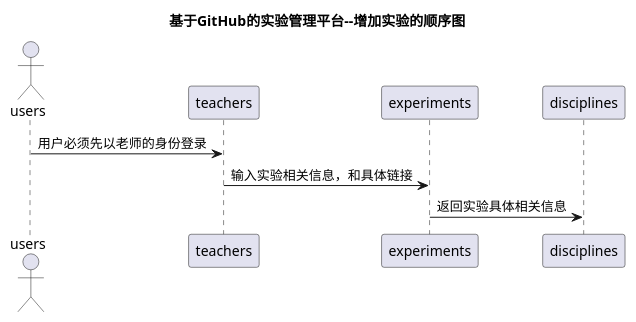
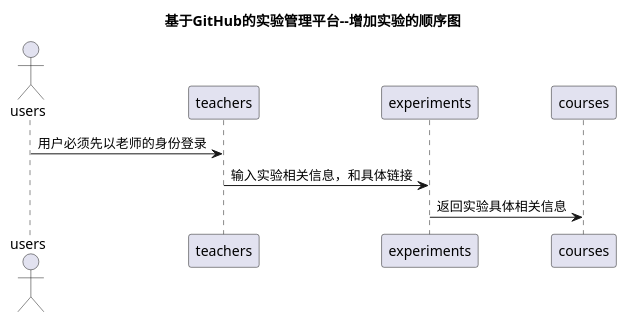
The diagram in test6/src/addExperiments.puml (MinuteLight/is_analysis), drawn with PlantUML before and after one commit.

```diff
--- a/test6/src/addExperiments.puml
+++ b/test6/src/addExperiments.puml
@@ -1,7 +1,7 @@
 @startuml
 title 基于GitHub的实验管理平台--增加实验的顺序图
 actor users
 users->teachers:用户必须先以老师的身份登录
 teachers->experiments:输入实验相关信息，和具体链接
-experiments->disciplines:返回实验具体相关信息
+experiments->courses:返回实验具体相关信息
 @enduml
```
